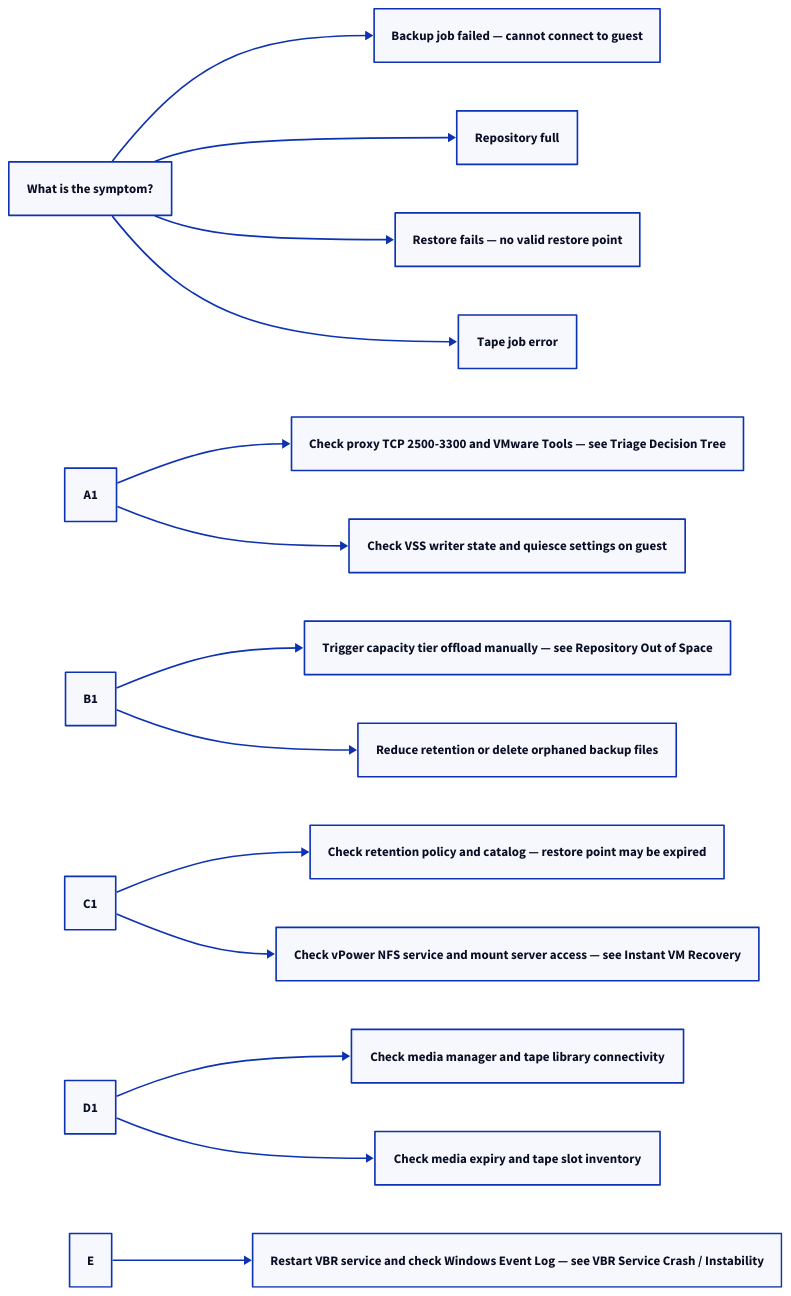
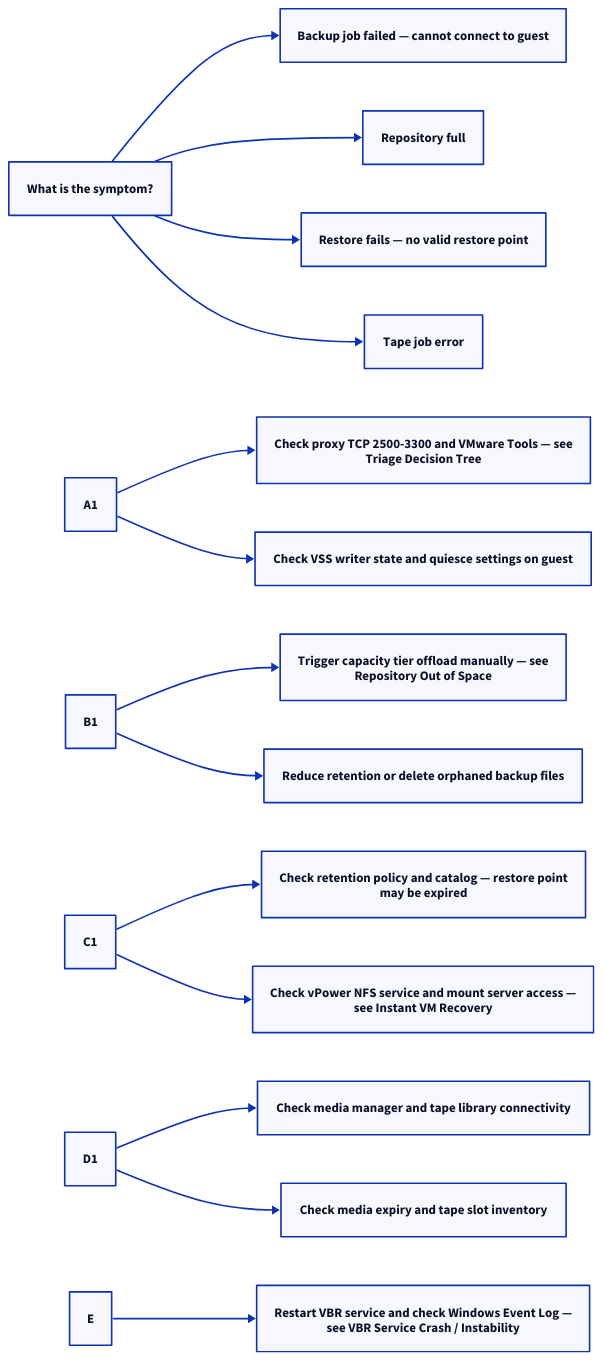
One commit to canast01/chris-kb changed the second of 3 diagrams in docs/backup/veeam/troubleshooting/common-issues/index.md. Above: the diagram before and after it, drawn with D2. The commit also changed 192 other files, not shown here.

````diff
--- a/docs/backup/veeam/troubleshooting/common-issues/index.md
+++ b/docs/backup/veeam/troubleshooting/common-issues/index.md
@@ -46,37 +46,37 @@
 ```d2
 direction: right
 
 S: "What is the symptom?" {shape: rectangle}
 A: "Backup job failed — cannot connect to guest" {shape: rectangle}
 B: "Repository full" {shape: rectangle}
 C: "Restore fails — no valid restore point" {shape: rectangle}
 D: "Tape job error" {shape: rectangle}
 A1: "A1" {shape: rectangle}
-A2: "Check proxy TCP 2500-3300 and VMware Tools — see Triage Decision Tree" {shape: rectangle}
+A2: "Check proxy TCP 2500-3300 and VMware Tools — see\nTriage Decision Tree" {shape: rectangle}
 A3: "Check VSS writer state and quiesce settings on guest" {shape: rectangle}
 B1: "B1" {shape: rectangle}
-B2: "Trigger capacity tier offload manually — see Repository Out of Space" {shape: rectangle}
+B2: "Trigger capacity tier offload manually — see\nRepository Out of Space" {shape: rectangle}
 B3: "Reduce retention or delete orphaned backup files" {shape: rectangle}
 C1: "C1" {shape: rectangle}
-C2: "Check retention policy and catalog — restore point may be expired" {shape: rectangle}
-C3: "Check vPower NFS service and mount server access — see Instant VM Recovery" {shape: rectangle}
+C2: "Check retention policy and catalog — restore point\nmay be expired" {shape: rectangle}
+C3: "Check vPower NFS service and mount server access —\nsee Instant VM Recovery" {shape: rectangle}
 D1: "D1" {shape: rectangle}
 D2: "Check media manager and tape library connectivity" {shape: rectangle}
 D3: "Check media expiry and tape slot inventory" {shape: rectangle}
 E: "E" {shape: rectangle}
-E1: "Restart VBR service and check Windows Event Log — see VBR Service Crash / Instability" {shape: rectangle}
+E1: "Restart VBR service and check Windows Event Log —\nsee VBR Service Crash / Instability" {shape: rectangle}
 
 S -> A
 S -> B
 S -> C
 S -> D
 A1 -> A2
 A1 -> A3
 B1 -> B2
 B1 -> B3
 C1 -> C2
 C1 -> C3
 D1 -> D2
 D1 -> D3
 E -> E1
 ```
````
